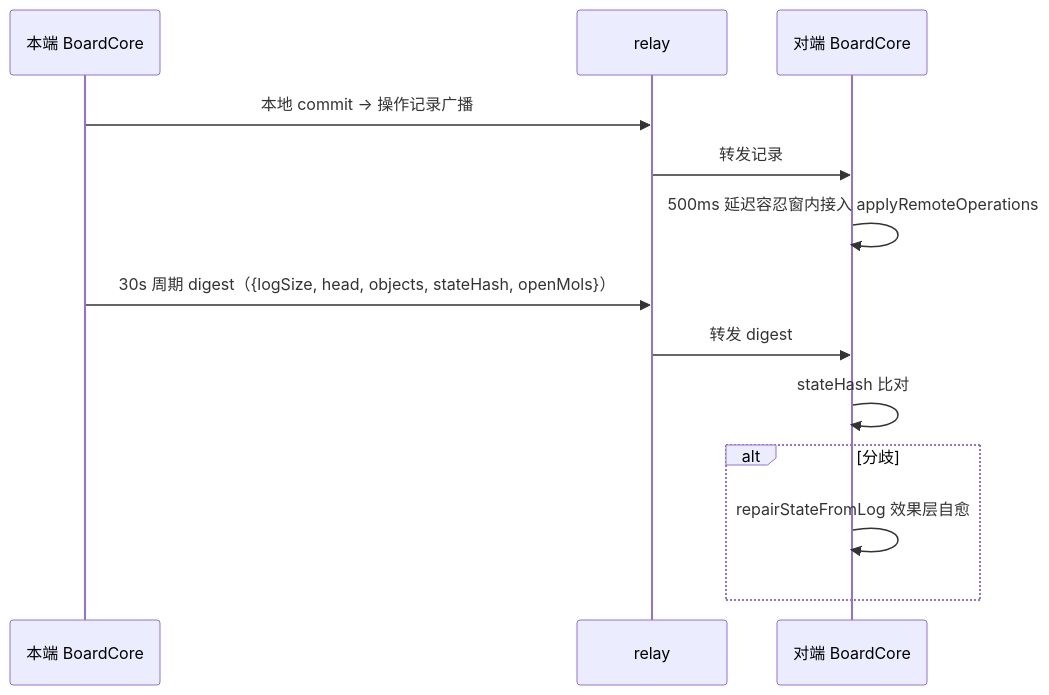
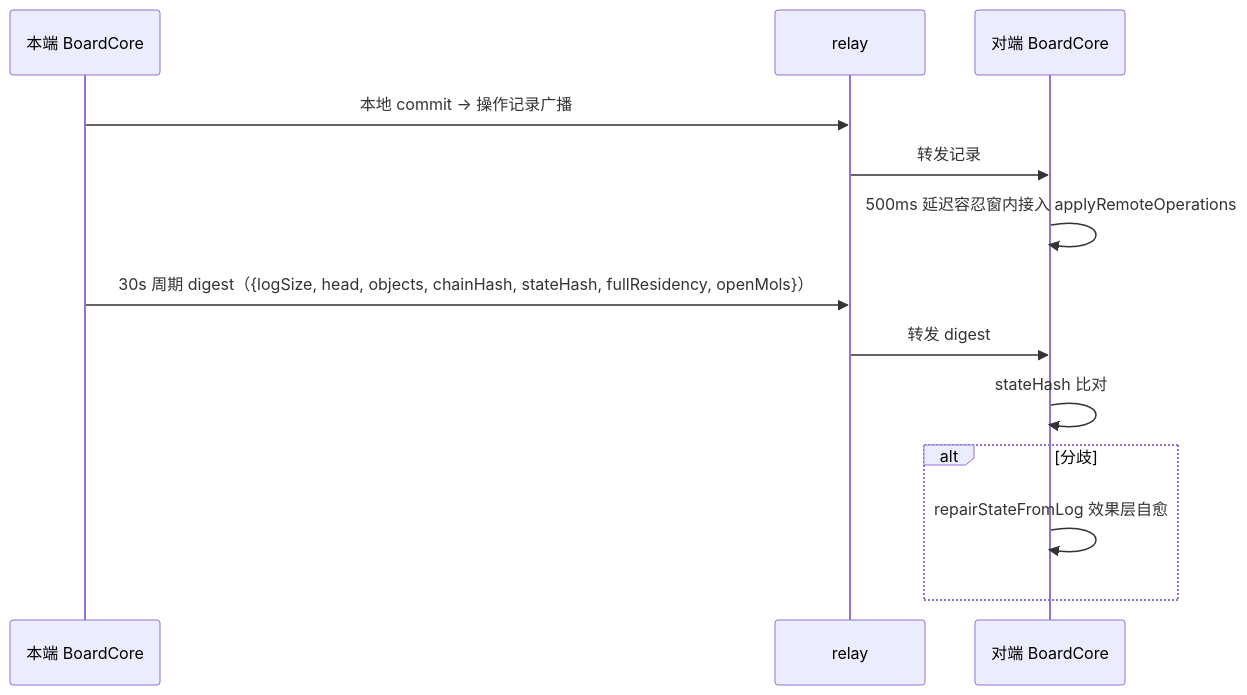
One commit to Frank-Steven/HoundWhiteboard changed the second of 2 diagrams in src/docs/core-overview.md. Above: the diagram before and after it, drawn with Mermaid. The commit also changed other lines of this file and 11 other files, not shown here.

````diff
--- a/src/docs/core-overview.md
+++ b/src/docs/core-overview.md
@@ -143,16 +143,16 @@
 ```mermaid
 sequenceDiagram
     participant A as 本端 BoardCore
     participant R as relay
     participant B as 对端 BoardCore
 
     A->>R: 本地 commit → 操作记录广播
     R->>B: 转发记录
     B->>B: 500ms 延迟容忍窗内接入 applyRemoteOperations
-    A->>R: 30s 周期 digest（{logSize, head, objects, stateHash, openMols}）
+    A->>R: 30s 周期 digest（{logSize, head, objects, chainHash, stateHash, fullResidency, openMols}）
     R->>B: 转发 digest
     B->>B: stateHash 比对
     alt 分歧
         B->>B: repairStateFromLog 效果层自愈
     end
 ```
````
